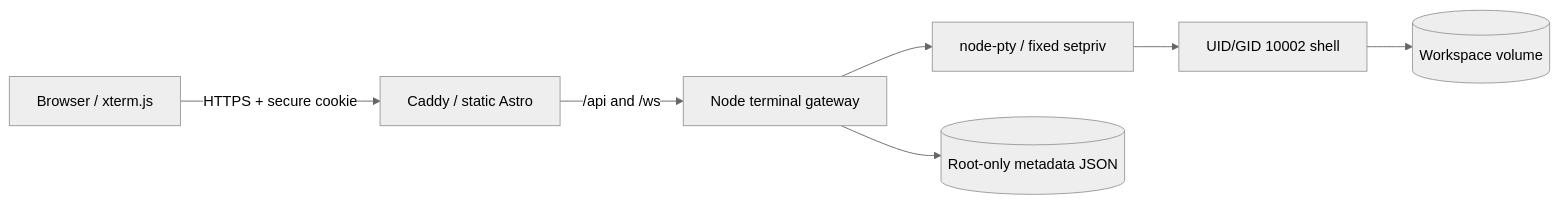
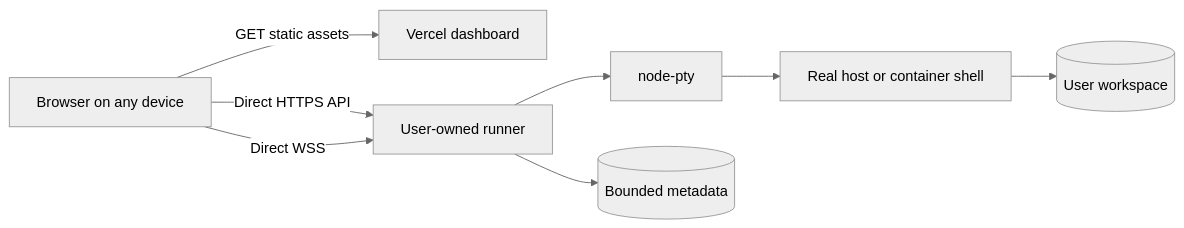
One commit to khajaaijaz26/cmdimpact changed the diagram in docs/ARCHITECTURE.md. Above: the diagram before and after it, drawn with Mermaid (neutral theme). The commit also changed other lines of this file and 39 other files, not shown here.

Commit message:
Build universal persistent browser terminal

````diff
--- a/docs/ARCHITECTURE.md
+++ b/docs/ARCHITECTURE.md
@@ -5,9 +5,10 @@
 ```mermaid
 flowchart LR
-  B[Browser / xterm.js] -->|HTTPS + secure cookie| C[Caddy / static Astro]
-  C -->|/api and /ws| G[Node terminal gateway]
-  G --> P[node-pty / fixed setpriv]
-  P --> S[UID/GID 10002 shell]
-  G --> M[(Root-only metadata JSON)]
-  S --> W[(Workspace volume)]
+  B[Browser on any device] -->|GET static assets| V[Vercel dashboard]
+  B -->|Direct HTTPS API| R[User-owned runner]
+  B -->|Direct WSS| R
+  R --> P[node-pty]
+  P --> S[Real host or container shell]
+  R --> M[(Bounded metadata)]
+  S --> W[(User workspace)]
 ```
````
